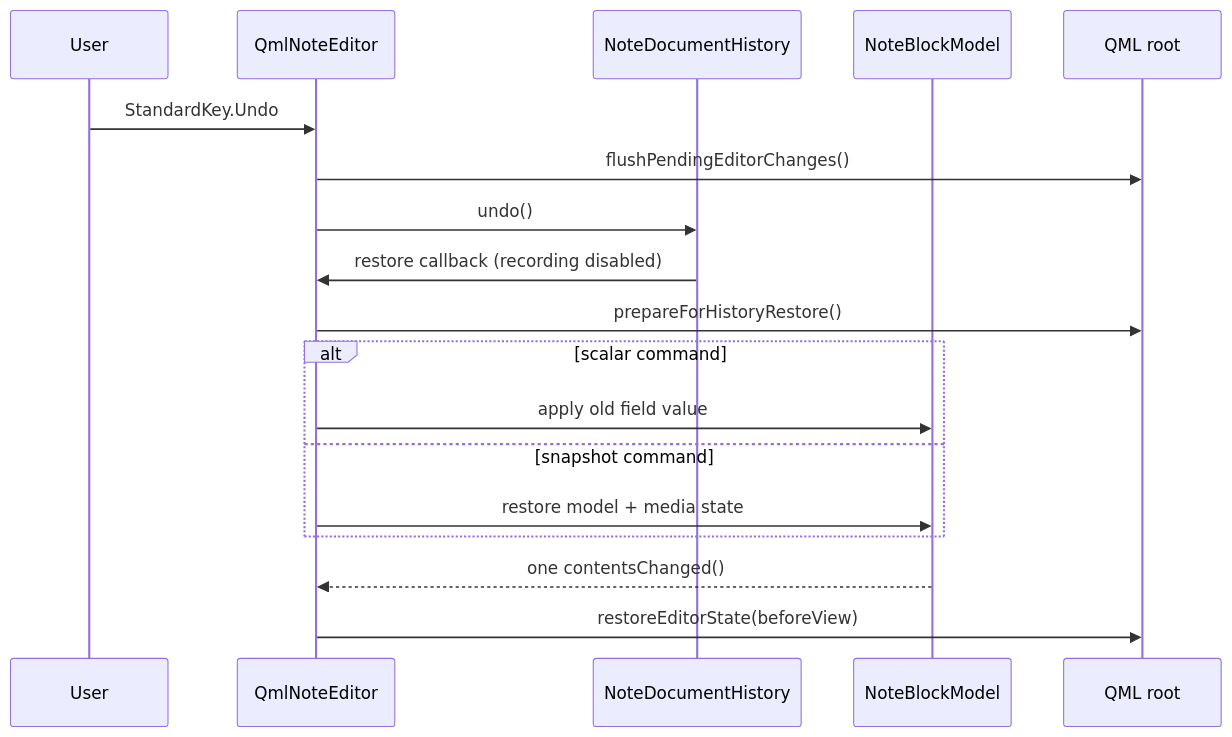
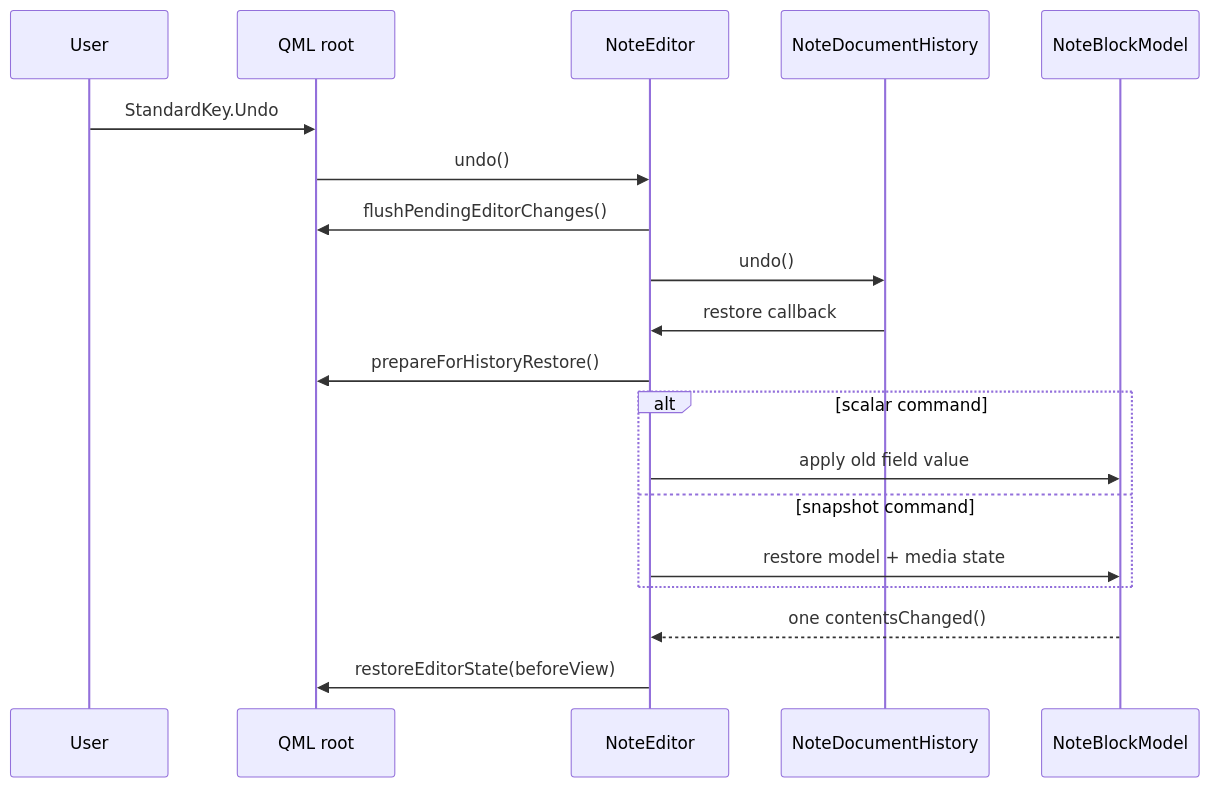
Before and after one commit to Ri0n/QtNote: the second of 2 diagrams in docs/note-editor-undo-redo.md, drawn with Mermaid. The commit also changed other lines of this file and 67 other files, not shown here.

````diff
--- a/docs/note-editor-undo-redo.md
+++ b/docs/note-editor-undo-redo.md
@@ -258,21 +259,22 @@
 ```mermaid
 sequenceDiagram
     participant U as User
-    participant E as QmlNoteEditor
+    participant Q as QML root
+    participant E as NoteEditor
     participant H as NoteDocumentHistory
     participant M as NoteBlockModel
-    participant Q as QML root
 
-    U->>E: StandardKey.Undo
+    U->>Q: StandardKey.Undo
+    Q->>E: undo()
     E->>Q: flushPendingEditorChanges()
     E->>H: undo()
-    H->>E: restore callback (recording disabled)
+    H->>E: restore callback
     E->>Q: prepareForHistoryRestore()
     alt scalar command
         E->>M: apply old field value
     else snapshot command
         E->>M: restore model + media state
     end
     M-->>E: one contentsChanged()
     E->>Q: restoreEditorState(beforeView)
 ```
````
